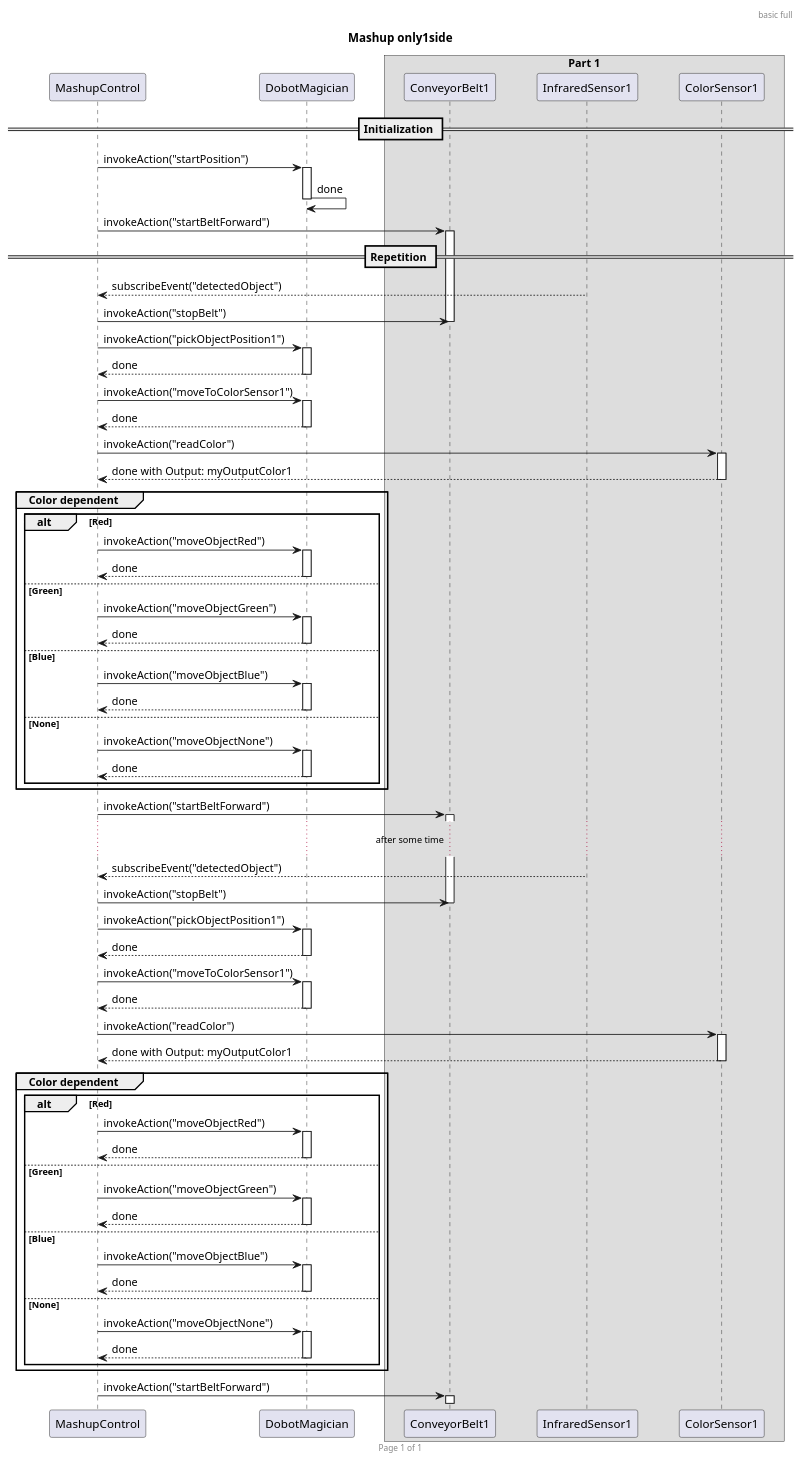
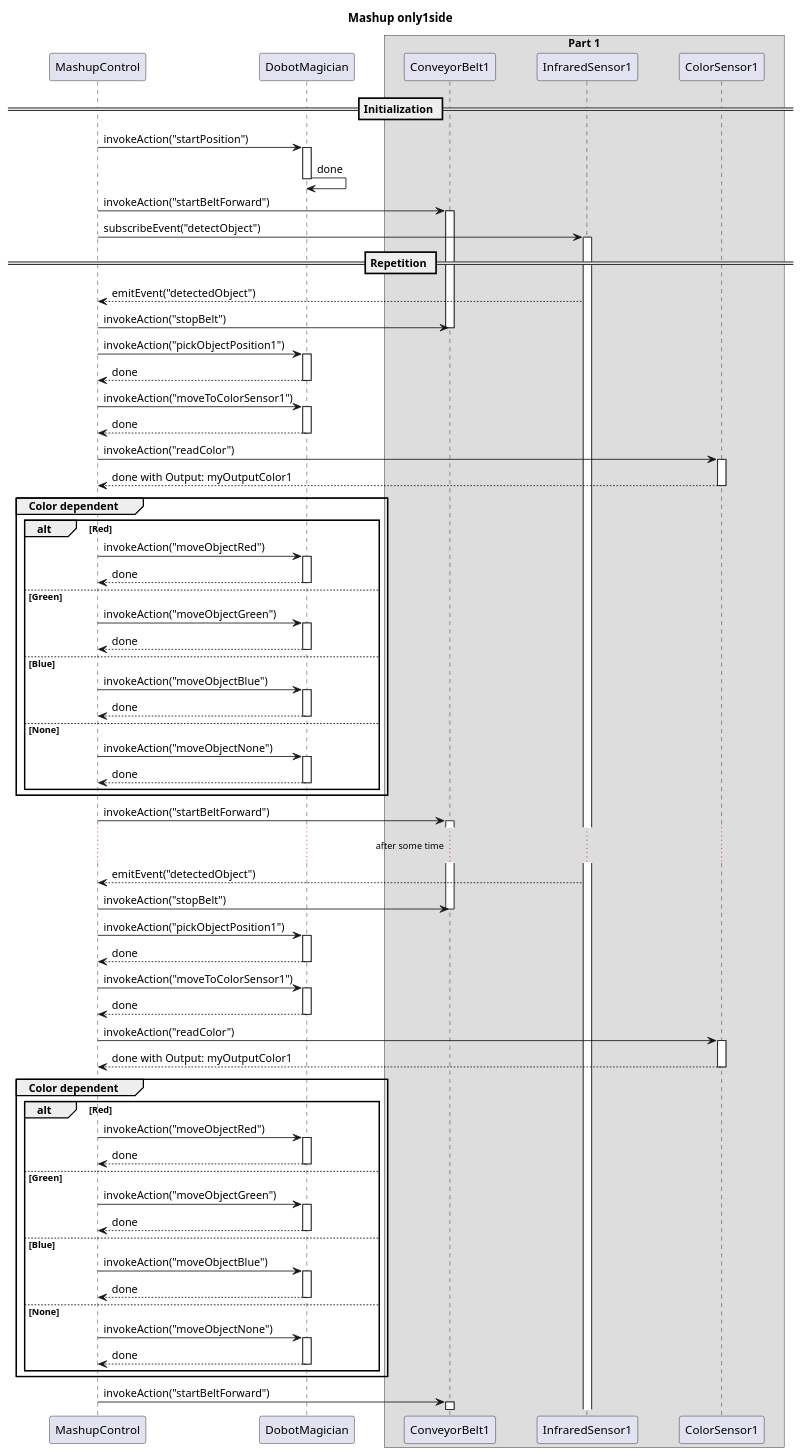
One commit to tum-esi/wot-sys changed the diagram in SequenceDiagrams/SequenceDiagramUML_mashup_only1side.wsd. Above: the diagram before and after it, drawn with PlantUML.

```diff
--- a/SequenceDiagrams/SequenceDiagramUML_mashup_only1side.wsd
+++ b/SequenceDiagrams/SequenceDiagramUML_mashup_only1side.wsd
@@ -1,114 +1,115 @@
 @startuml
-header basic full
-footer Page %page% of %lastpage%
 
 title Mashup only1side
 
 skinparam ParticipantPadding 20
 skinparam BoxPadding 10
 
 participant MashupControl as MC
 participant DobotMagician as DM
 
 box "Part 1"
 participant ConveyorBelt1 as CB1
 participant InfraredSensor1 as IS1
 participant ColorSensor1 as CS1
 end box
 
 == Initialization ==
 
 MC -> DM: invokeAction("startPosition")
 activate DM
 DM -> DM: done
 deactivate DM
 
 MC -> CB1: invokeAction("startBeltForward")
 activate CB1
 
+MC -> IS1: subscribeEvent("detectObject")
+activate IS1
+
 == Repetition ==
 
-MC <-- IS1: subscribeEvent("detectedObject")
+MC <-- IS1: emitEvent("detectedObject")
 MC -> CB1: invokeAction("stopBelt")
 deactivate CB1
 MC -> DM: invokeAction("pickObjectPosition1")
 activate DM
 MC <-- DM: done
 deactivate DM
 MC -> DM: invokeAction("moveToColorSensor1")
 activate DM
 MC <-- DM: done
 deactivate DM
 MC -> CS1: invokeAction("readColor")
 activate CS1
 MC <-- CS1: done with Output: myOutputColor1
 deactivate CS1
 group Color dependent
 alt Red
 MC -> DM: invokeAction("moveObjectRed")
 activate DM
 MC <-- DM: done
 deactivate DM
 else Green
 MC -> DM: invokeAction("moveObjectGreen")
 activate DM
 MC <-- DM: done
 deactivate DM
 else Blue
 MC -> DM: invokeAction("moveObjectBlue")
 activate DM
 MC <-- DM: done
 deactivate DM
 else None
 MC -> DM: invokeAction("moveObjectNone")
 activate DM
 MC <-- DM: done
 deactivate DM
 end
 end
 MC -> CB1: invokeAction("startBeltForward")
 activate CB1
 
 ... after some time ...
 
-MC <-- IS1: subscribeEvent("detectedObject")
+MC <-- IS1: emitEvent("detectedObject")
 MC -> CB1: invokeAction("stopBelt")
 deactivate CB1
 MC -> DM: invokeAction("pickObjectPosition1")
 activate DM
 MC <-- DM: done
 deactivate DM
 MC -> DM: invokeAction("moveToColorSensor1")
 activate DM
 MC <-- DM: done
 deactivate DM
 MC -> CS1: invokeAction("readColor")
 activate CS1
 MC <-- CS1: done with Output: myOutputColor1
 deactivate CS1
 group Color dependent
 alt Red
 MC -> DM: invokeAction("moveObjectRed")
 activate DM
 MC <-- DM: done
 deactivate DM
 else Green
 MC -> DM: invokeAction("moveObjectGreen")
 activate DM
 MC <-- DM: done
 deactivate DM
 else Blue
 MC -> DM: invokeAction("moveObjectBlue")
 activate DM
 MC <-- DM: done
 deactivate DM
 else None
 MC -> DM: invokeAction("moveObjectNone")
 activate DM
 MC <-- DM: done
 deactivate DM
 end
 end
 MC -> CB1: invokeAction("startBeltForward")
 activate CB1
 @enduml
```
